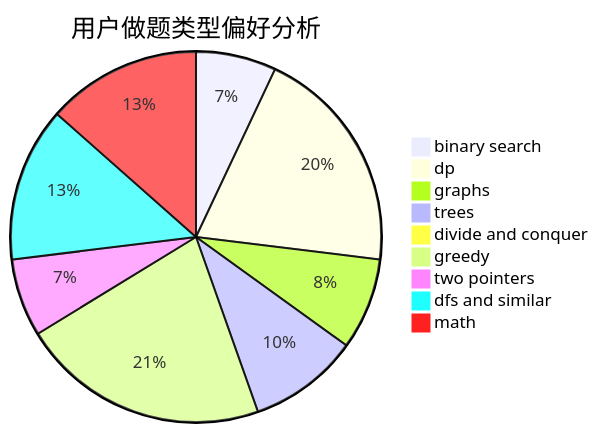
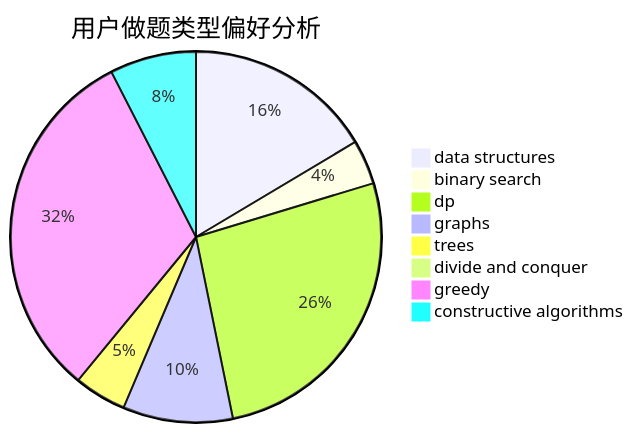
One commit to sherpahu/cfrs.github.io changed the second of 3 diagrams in docs/user/u1426.md. Above: the diagram before and after it, drawn with Mermaid. The commit also changed other lines of this file and 2775 other files, not shown here.

````diff
--- a/docs/user/u1426.md
+++ b/docs/user/u1426.md
@@ -23,12 +23,11 @@
 ```mermaid
 pie title 用户做题类型偏好分析
-    "binary search" :  64
-    "dp" :  182
-    "graphs" :  73
-    "trees" :  88
-    "divide and conquer" :  8
-    "greedy" :  198
-    "two pointers" :  62
-    "dfs and similar" :  123
-    "math" :  123
+    "data structures" :  72
+    "binary search" :  17
+    "dp" :  116
+    "graphs" :  42
+    "trees" :  20
+    "divide and conquer" :  0
+    "greedy" :  138
+    "constructive algorithms" :  33
 ```
````
